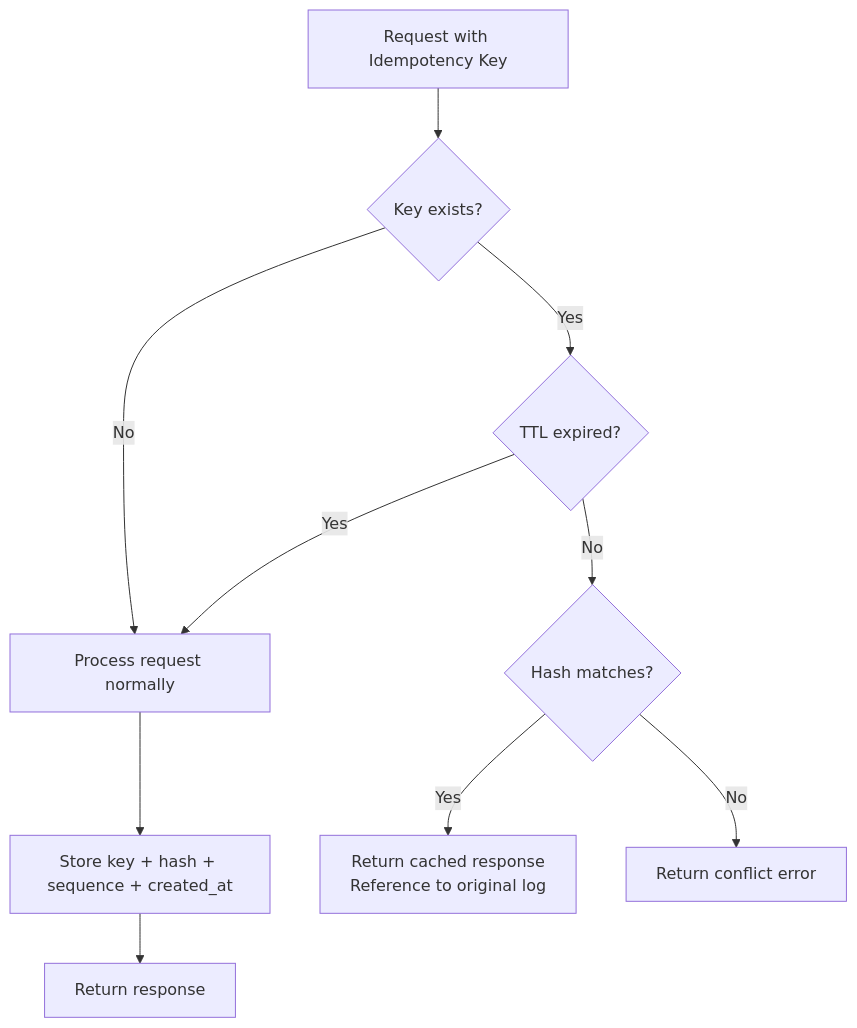
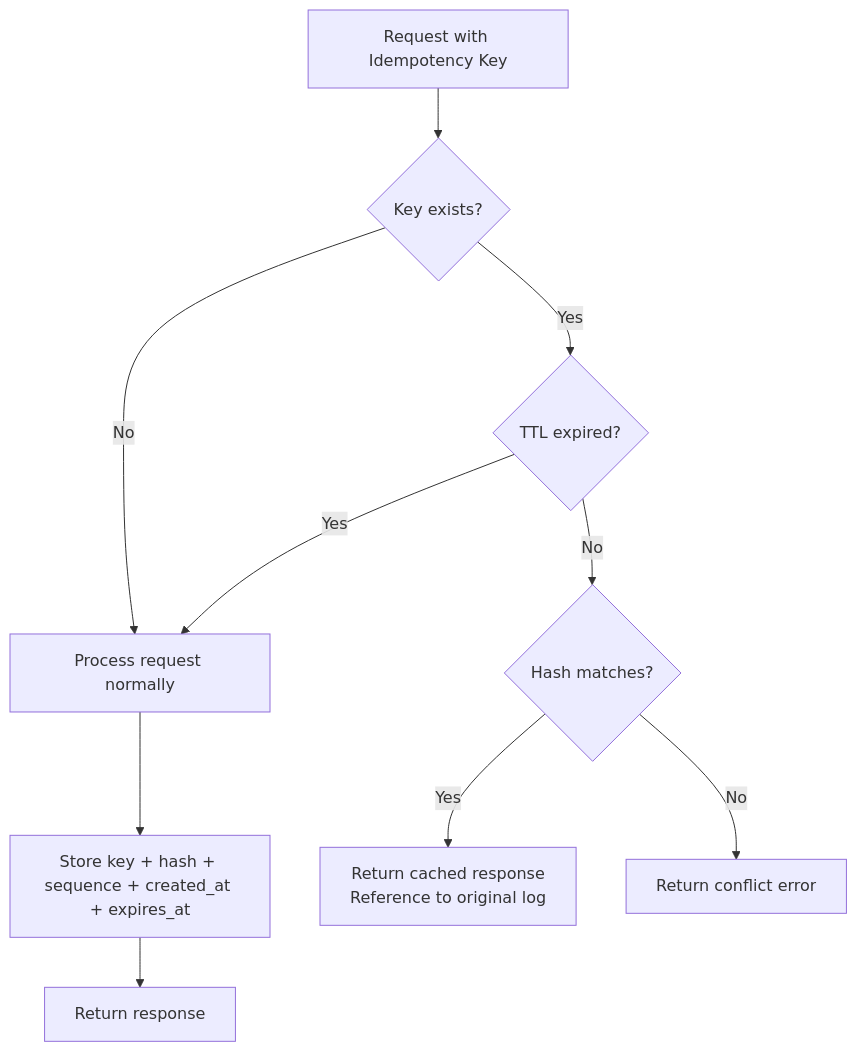
One commit to formancehq/ledger changed the first of 2 diagrams in docs/technical/architecture/subsystems/admission/idempotency.md. Above: the diagram before and after it, drawn with Mermaid. The commit also changed other lines of this file and 35 other files, not shown here.

````diff
--- a/docs/technical/architecture/subsystems/admission/idempotency.md
+++ b/docs/technical/architecture/subsystems/admission/idempotency.md
@@ -24,13 +24,13 @@
 ```mermaid
 flowchart TD
     REQ[Request with Idempotency Key] --> CHECK{Key exists?}
     CHECK -->|No| PROCESS[Process request normally]
-    PROCESS --> STORE[Store key + hash + sequence + created_at]
+    PROCESS --> STORE[Store key + hash + sequence + created_at + expires_at]
     STORE --> RETURN[Return response]
     
     CHECK -->|Yes| EXPIRED{TTL expired?}
     EXPIRED -->|Yes| PROCESS
     EXPIRED -->|No| HASH{Hash matches?}
     HASH -->|Yes| CACHED[Return cached response<br/>Reference to original log]
     HASH -->|No| CONFLICT[Return conflict error]
 ```
````
